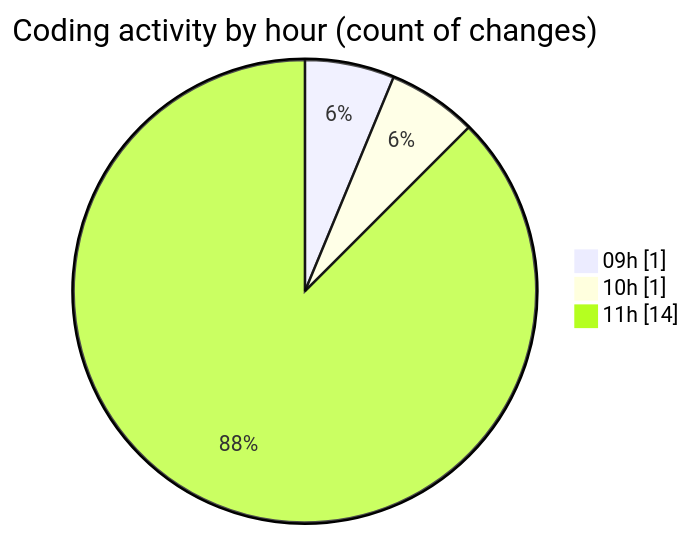
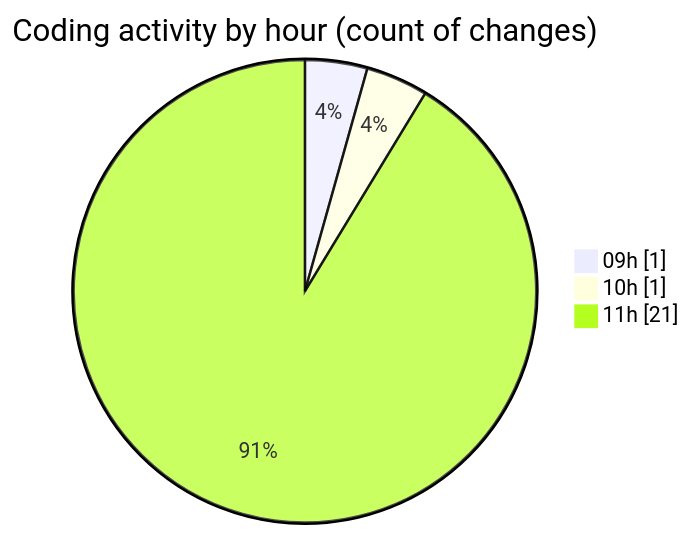
One commit to momahboobian/code-tracking changed the second of 2 diagrams in 2026-01-28/cda/README.md. Above: the diagram before and after it, drawn with Mermaid. The commit also changed other lines of this file and 1 other file, not shown here.

````diff
--- a/2026-01-28/cda/README.md
+++ b/2026-01-28/cda/README.md
@@ -32,7 +32,7 @@
 ```mermaid
 pie showData
 title Coding activity by hour (count of changes)
 "09h" : 1
 "10h" : 1
-"11h" : 14
+"11h" : 21
 ```
````
